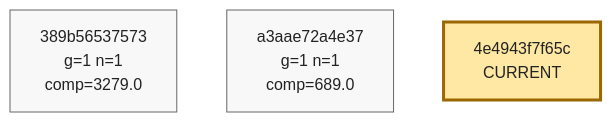
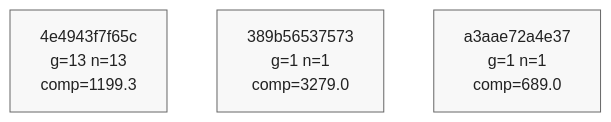
The ninth of 9 diagrams in phyrogenetic-tree.md (azumag/soviet_now), drawn with Mermaid before and after one commit. The commit also changed other lines of this file and 2 other files, not shown here.

````diff
--- a/phyrogenetic-tree.md
+++ b/phyrogenetic-tree.md
@@ -2227,16 +2230,16 @@
 ```mermaid
 flowchart TD
+    h_4e4943f7f65c["4e4943f7f65c<br/>g=13 n=13<br/>comp=1199.3"]
     h_389b56537573["389b56537573<br/>g=1 n=1<br/>comp=3279.0"]
     h_a3aae72a4e37["a3aae72a4e37<br/>g=1 n=1<br/>comp=689.0"]
-    h_4e4943f7f65c["4e4943f7f65c<br/>CURRENT"]
 
 
     classDef plain fill:#f8f8f8,stroke:#666,stroke-width:1px,color:#222;
     classDef current fill:#ffe8a3,stroke:#9a6700,stroke-width:3px,color:#222;
     classDef anchor fill:#d7f5dd,stroke:#1f6f43,stroke-width:3px,color:#222;
     classDef current_anchor fill:#f3e4a8,stroke:#1f6f43,stroke-width:4px,color:#222;
 
+    class h_4e4943f7f65c plain;
     class h_389b56537573 plain;
     class h_a3aae72a4e37 plain;
-    class h_4e4943f7f65c current;
 ```
````
